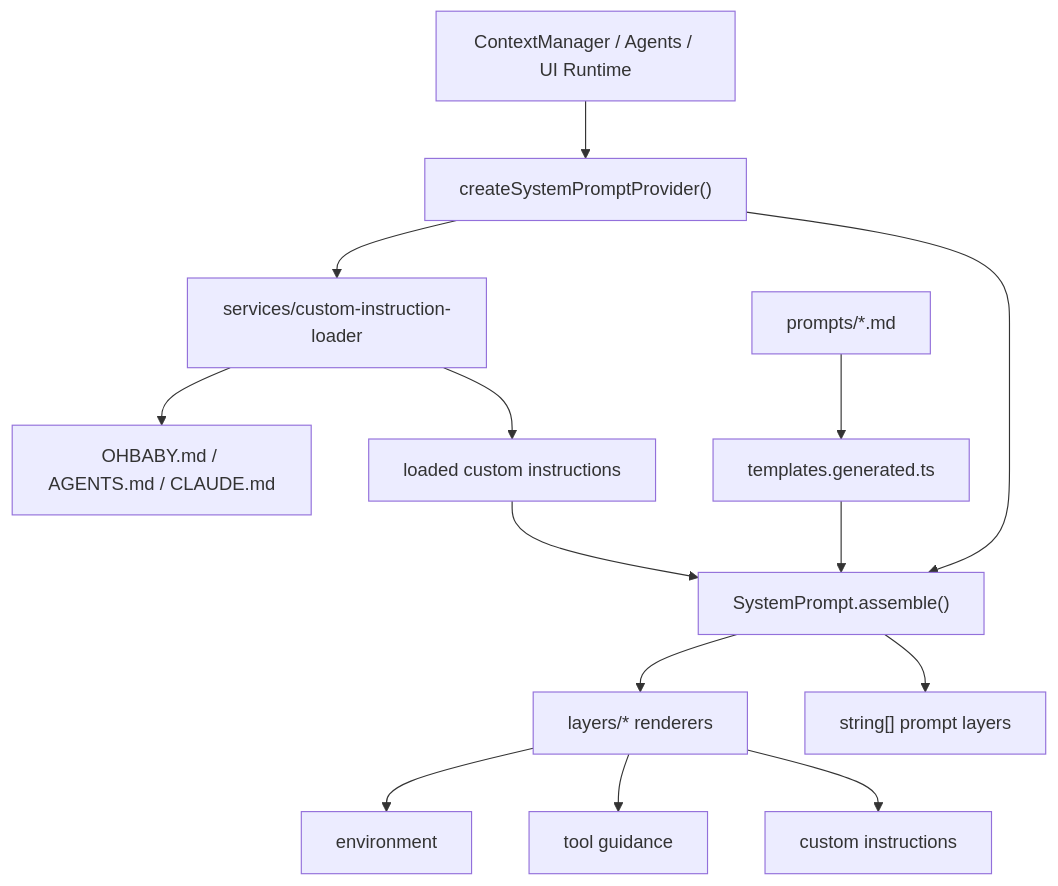
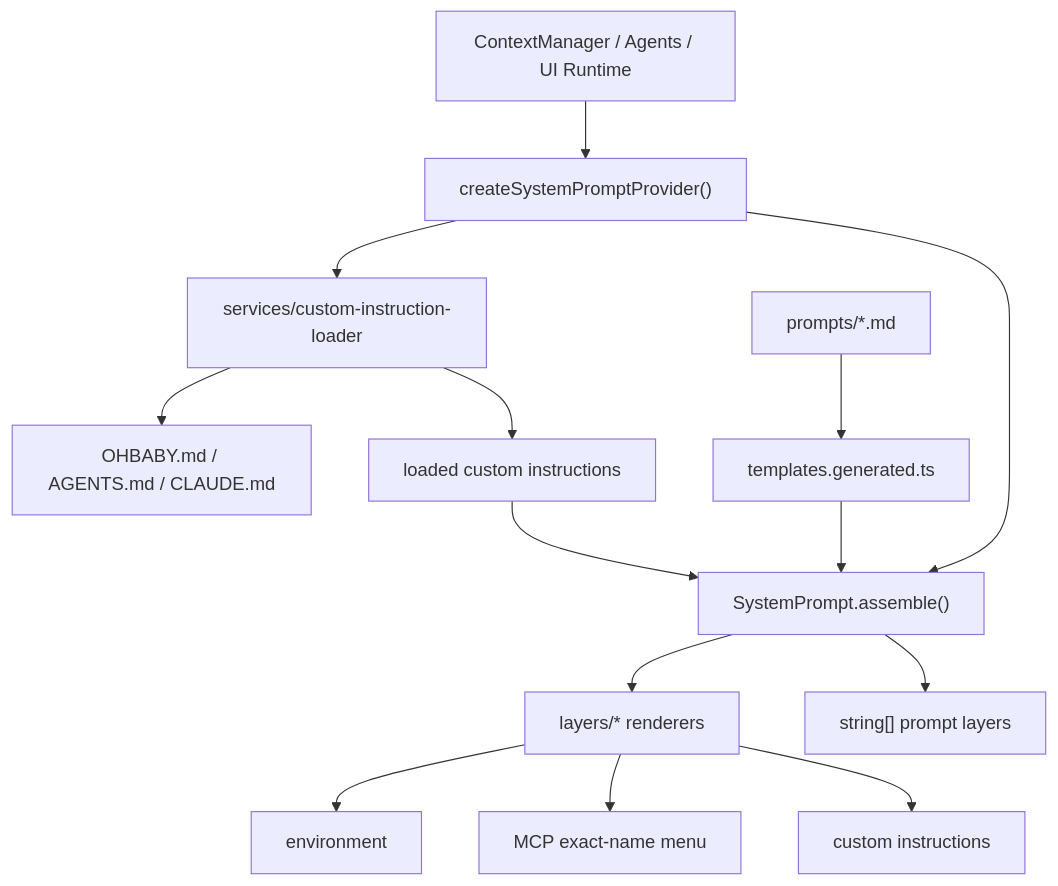
One commit to diverHansun/ohbaby-agent changed the diagram in docs/core/system-prompt/architecture.md. Above: the diagram before and after it, drawn with Mermaid. The commit also changed other lines of this file and 14 other files, not shown here.

Commit message:
docs(system-prompt): record MCP menu architecture

````diff
--- a/docs/core/system-prompt/architecture.md
+++ b/docs/core/system-prompt/architecture.md
@@ -11,16 +11,16 @@
 ```mermaid
 flowchart TD
   caller["ContextManager / Agents / UI Runtime"] --> provider["createSystemPromptProvider()"]
   provider --> loader["services/custom-instruction-loader"]
   loader --> files["OHBABY.md / AGENTS.md / CLAUDE.md"]
   loader --> customData["loaded custom instructions"]
   provider --> assembler["SystemPrompt.assemble()"]
   customData --> assembler
   prompts["prompts/*.md"] --> generated["templates.generated.ts"]
   generated --> assembler
   assembler --> layers["layers/* renderers"]
   layers --> env["environment"]
-  layers --> tools["tool guidance"]
+  layers --> mcpTools["MCP exact-name menu"]
   layers --> custom["custom instructions"]
   assembler --> output["string[] prompt layers"]
 ```
````
